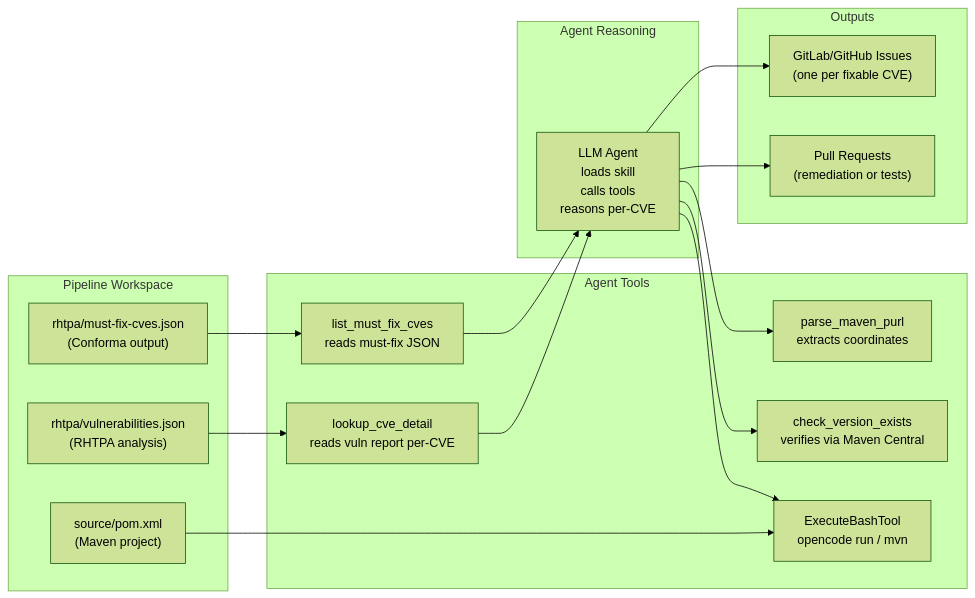
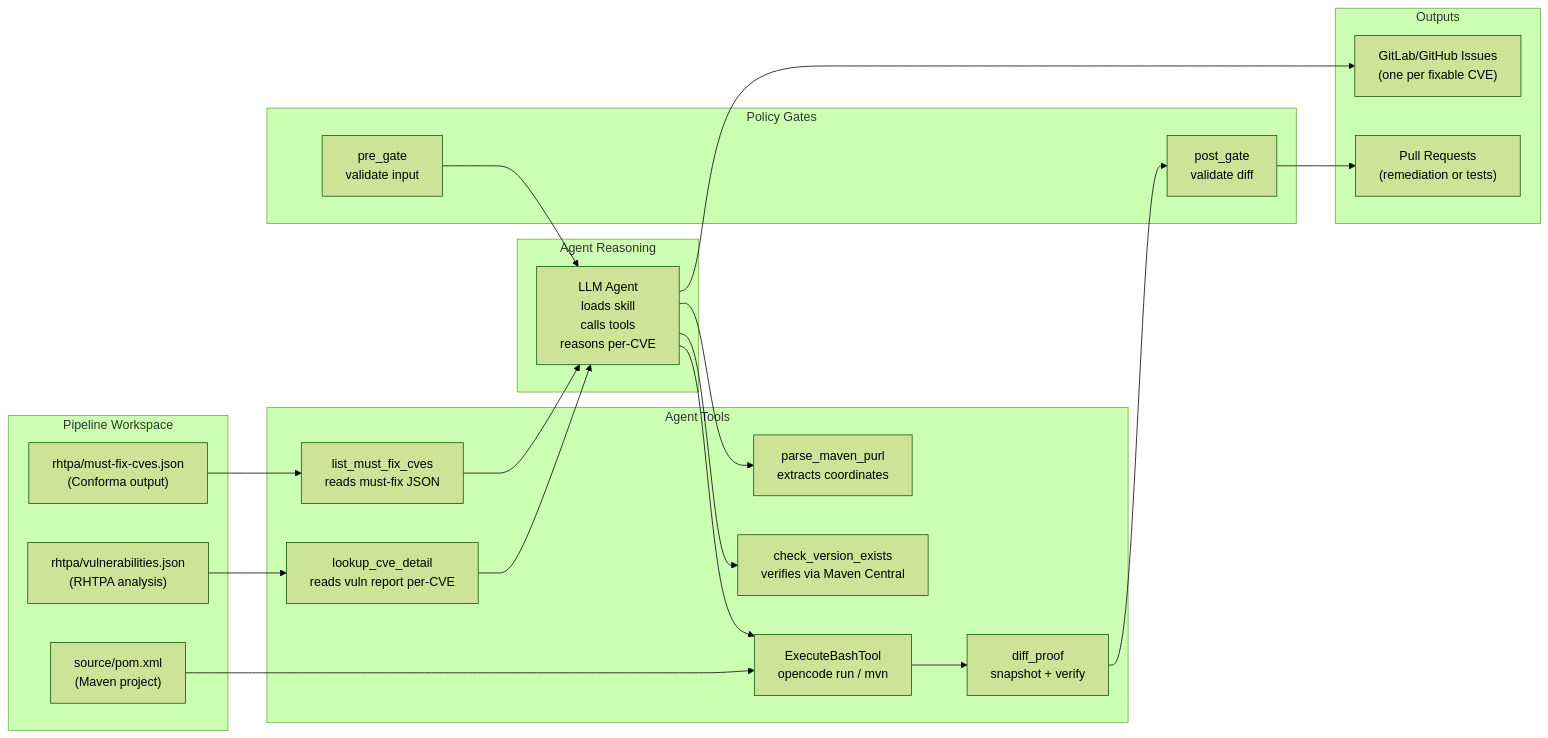
Before and after one commit to rrbanda/lw-agents: the eighth of 13 diagrams in docs/architecture.md, drawn with Mermaid (forest theme). The commit also changed other lines of this file and 60 other files, not shown here.

````diff
--- a/docs/architecture.md
+++ b/docs/architecture.md
@@ -178,34 +240,42 @@
 ```mermaid
 flowchart LR
     subgraph workspace [Pipeline Workspace]
         mustFix["rhtpa/must-fix-cves.json\n(Conforma output)"]
         vulnReport["rhtpa/vulnerabilities.json\n(RHTPA analysis)"]
         pomXml["source/pom.xml\n(Maven project)"]
     end
 
     subgraph tools [Agent Tools]
         listTool["list_must_fix_cves\nreads must-fix JSON"]
         lookupTool["lookup_cve_detail\nreads vuln report per-CVE"]
         parseTool["parse_maven_purl\nextracts coordinates"]
         checkTool["check_version_exists\nverifies via Maven Central"]
         bashTool["ExecuteBashTool\nopencode run / mvn"]
+        diffTool["diff_proof\nsnapshot + verify"]
     end
 
     subgraph agent [Agent Reasoning]
         reason["LLM Agent\nloads skill\ncalls tools\nreasons per-CVE"]
+    end
+
+    subgraph gates [Policy Gates]
+        preGate["pre_gate\nvalidate input"]
+        postGate["post_gate\nvalidate diff"]
     end
 
     subgraph outputs [Outputs]
         issues["GitLab/GitHub Issues\n(one per fixable CVE)"]
         prs["Pull Requests\n(remediation or tests)"]
     end
 
     mustFix --> listTool --> reason
     vulnReport --> lookupTool --> reason
     reason --> parseTool
     reason --> checkTool
+    preGate --> reason
     reason --> bashTool
     pomXml --> bashTool
+    bashTool --> diffTool --> postGate
     reason --> issues
-    reason --> prs
+    postGate --> prs
 ```
````
